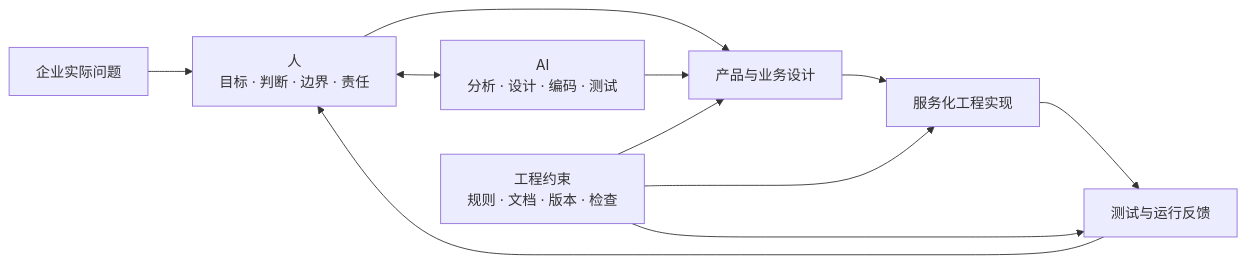
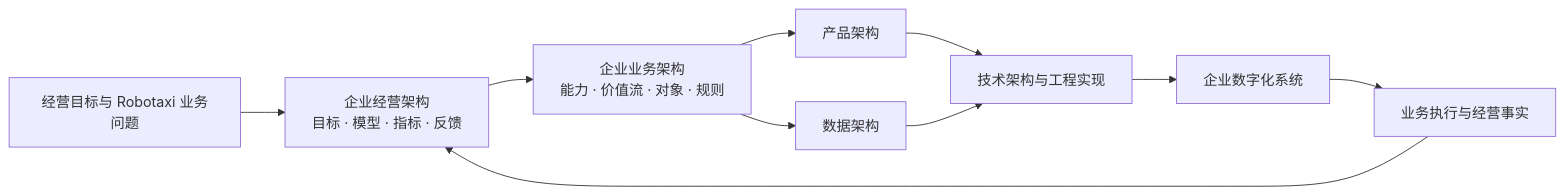
Before and after one commit to Chizheng4/robotaxi: the third of 4 diagrams in README.md, drawn with Mermaid. The commit also changed other lines of this file and 13 other files, not shown here.

````diff
--- a/README.md
+++ b/README.md
@@ -225,13 +102,12 @@
 ```mermaid
 flowchart LR
-  A["企业实际问题"] --> B["人<br/>目标 · 判断 · 边界 · 责任"]
-  B <--> C["AI<br/>分析 · 设计 · 编码 · 测试"]
-  B --> D["产品与业务设计"]
-  C --> D
-  D --> E["服务化工程实现"]
-  E --> F["测试与运行反馈"]
-  F --> B
-  G["工程约束<br/>规则 · 文档 · 版本 · 检查"] --> D
-  G --> E
-  G --> F
+  A["经营目标与 Robotaxi 业务问题"] --> B["企业经营架构<br/>目标 · 模型 · 指标 · 反馈"]
+  B --> C["企业业务架构<br/>能力 · 价值流 · 对象 · 规则"]
+  C --> D["产品架构"]
+  C --> E["数据架构"]
+  D --> F["技术架构与工程实现"]
+  E --> F
+  F --> G["企业数字化系统"]
+  G --> H["业务执行与经营事实"]
+  H --> B
 ```
````
